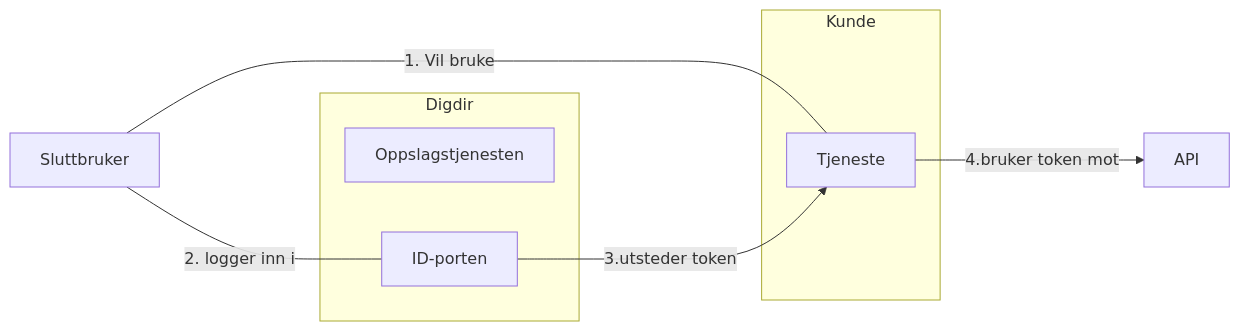
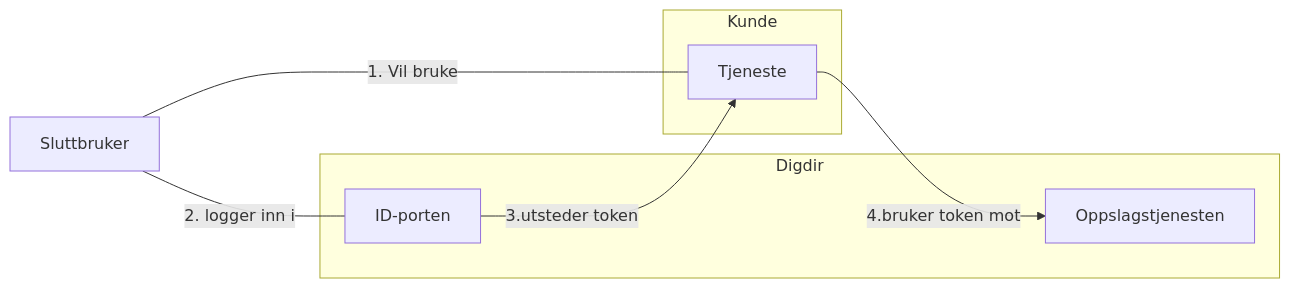
The second of 2 diagrams in _docs/Kontaktregisteret/krr_arkitektur.md (felleslosninger/docs), drawn with Mermaid before and after one commit.

```diff
--- a/_docs/Kontaktregisteret/krr_arkitektur.md
+++ b/_docs/Kontaktregisteret/krr_arkitektur.md
@@ -35,16 +35,16 @@
  <div class="mermaid">
  graph LR
    subgraph Digdir
      Oppslagstjenesten[Oppslagstjenesten]
    end
    subgraph Digdir
      OIDC[ID-porten]
    end
    subgraph Kunde
       ny[Tjeneste]
    end
    Sluttbruker ---|1. Vil bruke|ny
    OIDC -->|3.utsteder token|ny
    Sluttbruker ---|2. logger inn i  |OIDC
-   ny -->|4.bruker token mot|API
+   ny -->|4.bruker token mot|Oppslagstjenesten
  </div>
```
